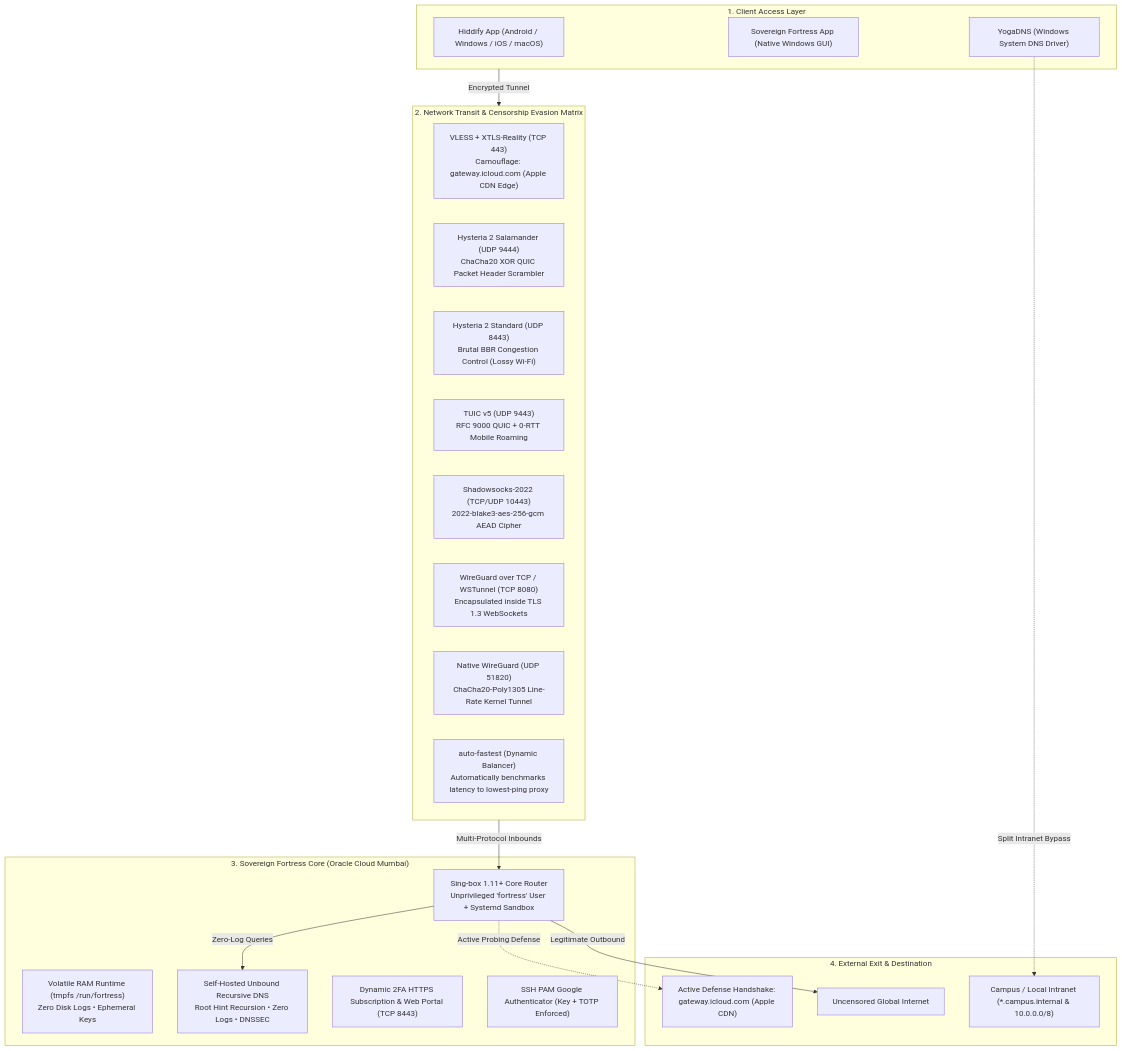
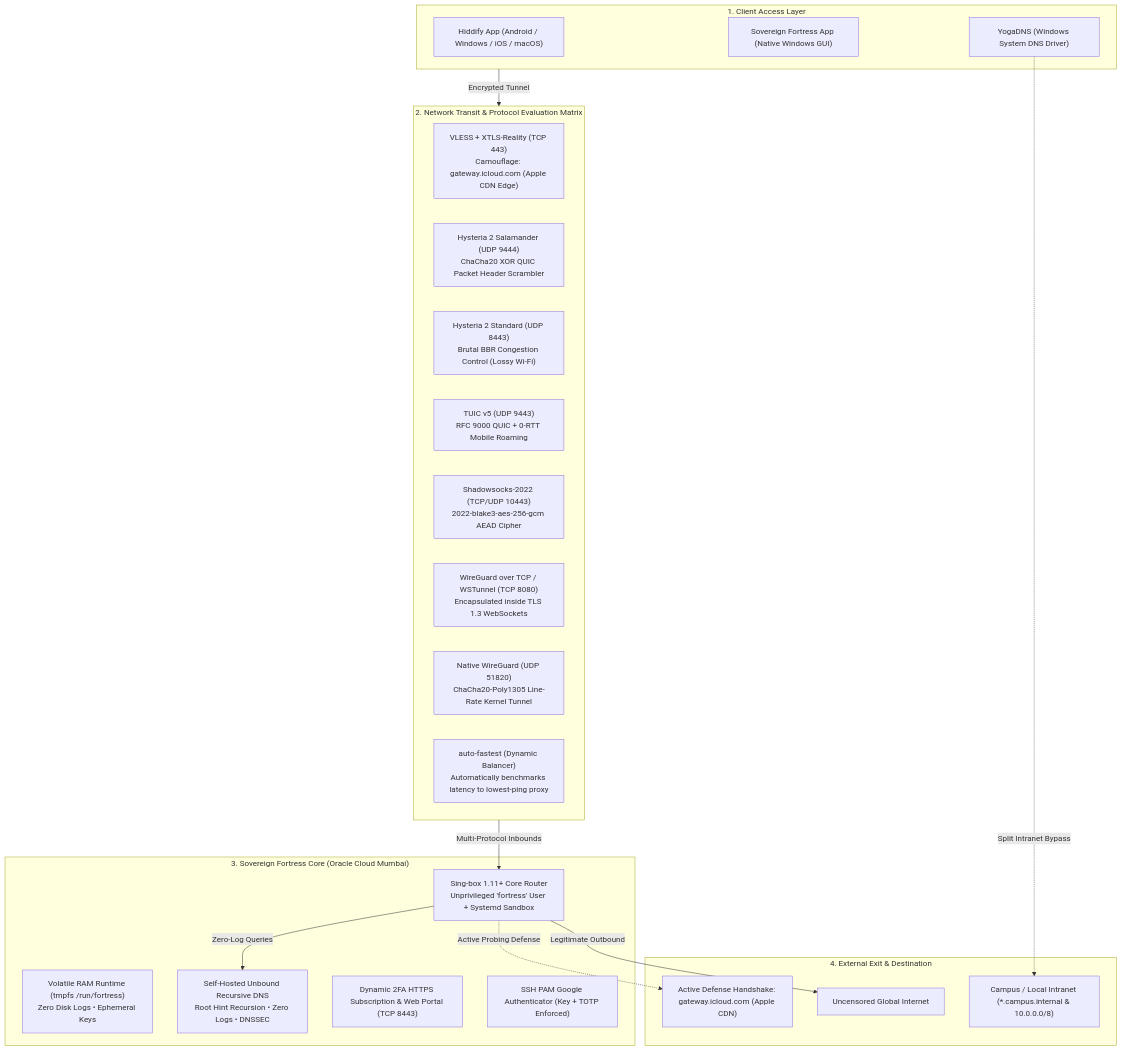
The first of 3 diagrams in README.md (harsh593-boop/sovereign-fortress), drawn with Mermaid before and after one commit. The commit also changed other lines of this file and 9 other files, not shown here.

````diff
--- a/README.md
+++ b/README.md
@@ -20,40 +22,40 @@
 ```mermaid
 flowchart TD
     subgraph ClientLayer["1. Client Access Layer"]
         Hiddify["Hiddify App (Android / Windows / iOS / macOS)"]
         NativeApp["Sovereign Fortress App (Native Windows GUI)"]
         YogaDNS["YogaDNS (Windows System DNS Driver)"]
     end
 
-    subgraph DefenseGrid["2. Network Transit & Censorship Evasion Matrix"]
+    subgraph DefenseGrid["2. Network Transit & Protocol Evaluation Matrix"]
         Reality["VLESS + XTLS-Reality (TCP 443)\nCamouflage: gateway.icloud.com (Apple CDN Edge)"]
         Salamander["Hysteria 2 Salamander (UDP 9444)\nChaCha20 XOR QUIC Packet Header Scrambler"]
         Hy2Std["Hysteria 2 Standard (UDP 8443)\nBrutal BBR Congestion Control (Lossy Wi-Fi)"]
         TUIC["TUIC v5 (UDP 9443)\nRFC 9000 QUIC + 0-RTT Mobile Roaming"]
         Shadowsocks["Shadowsocks-2022 (TCP/UDP 10443)\n2022-blake3-aes-256-gcm AEAD Cipher"]
         WSTunnel["WireGuard over TCP / WSTunnel (TCP 8080)\nEncapsulated inside TLS 1.3 WebSockets"]
         NativeWG["Native WireGuard (UDP 51820)\nChaCha20-Poly1305 Line-Rate Kernel Tunnel"]
         AutoFast["auto-fastest (Dynamic Balancer)\nAutomatically benchmarks latency to lowest-ping proxy"]
     end
 
     subgraph CoreEngine["3. Sovereign Fortress Core (Oracle Cloud Mumbai)"]
         RAMFS["Volatile RAM Runtime (tmpfs /run/fortress)\nZero Disk Logs • Ephemeral Keys"]
         Singbox["Sing-box 1.11+ Core Router\nUnprivileged 'fortress' User + Systemd Sandbox"]
         Unbound["Self-Hosted Unbound Recursive DNS\nRoot Hint Recursion • Zero Logs • DNSSEC"]
         SubDaemon["Dynamic 2FA HTTPS Subscription & Web Portal (TCP 8443)"]
         PAM2FA["SSH PAM Google Authenticator (Key + TOTP Enforced)"]
     end
 
     subgraph InternetExit["4. External Exit & Destination"]
         Decoy["Active Defense Handshake: gateway.icloud.com (Apple CDN)"]
         PublicWeb["Uncensored Global Internet"]
         CampusLAN["Campus / Local Intranet (*.campus.internal & 10.0.0.0/8)"]
     end
 
     ClientLayer -->|Encrypted Tunnel| DefenseGrid
     YogaDNS -.->|Split Intranet Bypass| CampusLAN
     DefenseGrid -->|Multi-Protocol Inbounds| Singbox
     Singbox -->|Zero-Log Queries| Unbound
     Singbox -->|Legitimate Outbound| PublicWeb
     Singbox -.->|Active Probing Defense| Decoy
 ```
````
